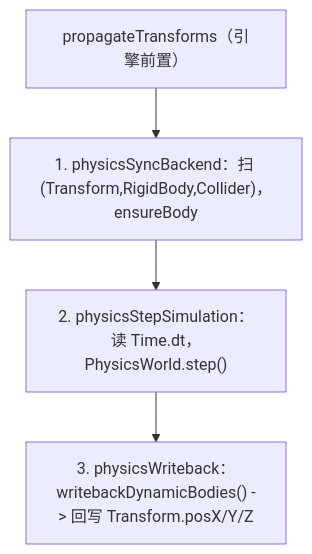
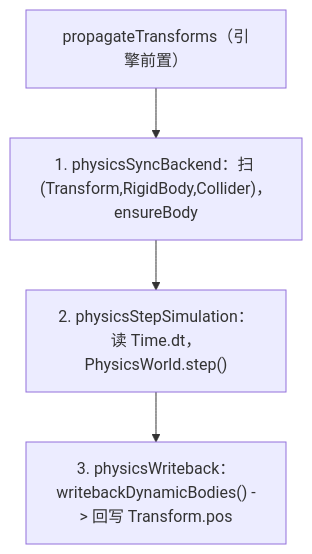
The diagram in packages/engine/skills/forgeax-engine-physics/SKILL.md (ForgeaX-Games/forgeax-editor), drawn with Mermaid before and after one commit. The commit also changed other lines of this file and 636 other files, not shown here.

````diff
--- a/packages/engine/skills/forgeax-engine-physics/SKILL.md
+++ b/packages/engine/skills/forgeax-engine-physics/SKILL.md
@@ -62,6 +62,6 @@
 ```mermaid
 flowchart TD
   PT["propagateTransforms（引擎前置）"] --> SB["1. physicsSyncBackend：扫 (Transform,RigidBody,Collider)，ensureBody"]
   SB --> SS["2. physicsStepSimulation：读 Time.dt，PhysicsWorld.step()"]
-  SS --> WB["3. physicsWriteback：writebackDynamicBodies() -> 回写 Transform.posX/Y/Z"]
+  SS --> WB["3. physicsWriteback：writebackDynamicBodies() -> 回写 Transform.pos"]
 ```
````
